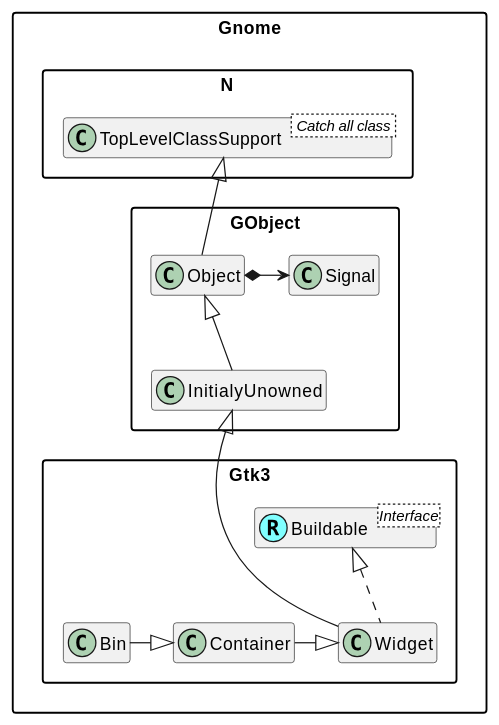
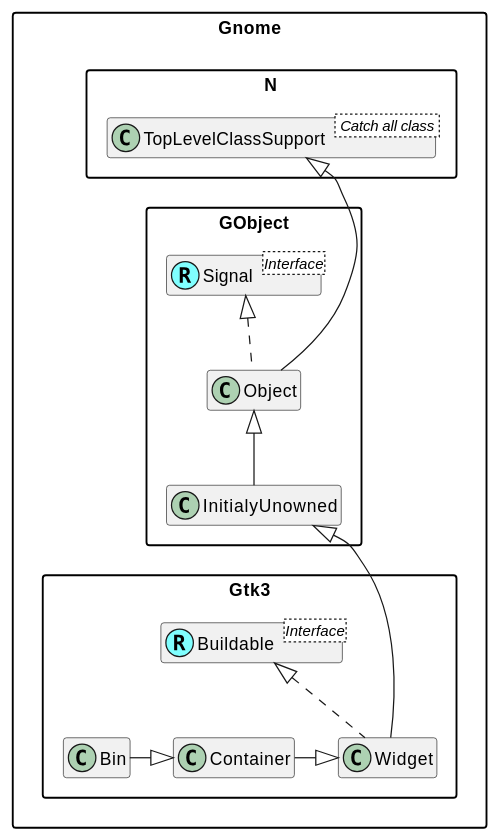
Before and after one commit to MARTIMM/gnome-gtk3: the diagram in doc/plantuml/Bin.md, drawn with PlantUML. The commit also changed 29 other files, not shown here.

Commit message:
changed uml diagrams

````diff
--- a/doc/plantuml/Bin.md
+++ b/doc/plantuml/Bin.md
@@ -1,59 +1,65 @@
 ```plantuml
 @startuml
 'scale 0.9
 skinparam packageStyle rectangle
 skinparam stereotypeCBackgroundColor #80ffff
 set namespaceSeparator ::
 hide members
 
+'Class and interface decorations
+class Gnome::N::TopLevelClassSupport < Catch all class >
+
+Interface Gnome::GObject::Signal <Interface>
+class Gnome::GObject::Signal <<(R,#80ffff)>>
+
 Interface Gnome::Gtk3::Buildable <Interface>
 class Gnome::Gtk3::Buildable <<(R,#80ffff)>>
 
-class Gnome::N::TopLevelClassSupport < Catch all class >
-Gnome::N::TopLevelClassSupport <|-- Gnome::GObject::Object
-
 'class Gnome::GObject::InitialyUnowned
 'class Gnome::GObject::Object
+'Class connections
+Gnome::N::TopLevelClassSupport <|--- Gnome::GObject::Object
+Gnome::GObject::InitialyUnowned <|--- Gnome::Gtk3::Widget
+
 Gnome::GObject::Object <|-- Gnome::GObject::InitialyUnowned
-Gnome::GObject::Object *-> Gnome::GObject::Signal
-
-Gnome::GObject::InitialyUnowned <|--- Gnome::Gtk3::Widget
+'Gnome::GObject::Object *-> Gnome::GObject::Signal
+Gnome::GObject::Signal <|.. Gnome::GObject::Object
 
 class Gnome::Gtk3::Widget implements Gnome::Gtk3::Buildable
 
 'Gnome::Gtk3::Button -|> Gnome::Gtk3::Bin
 Gnome::Gtk3::Bin -|> Gnome::Gtk3::Container
 Gnome::Gtk3::Container -|> Gnome::Gtk3::Widget
 
 
 
 'Interface Gnome::Gtk3::Actionable <Interface>
 'Gnome::Gtk3::Actionable <|-- Gnome::Gtk3::Button
 'class Gnome::Gtk3::Button implements Gnome::Gtk3::Actionable
 
 'Interface Gnome::Gtk3::Orientable <Interface>
 'Gnome::Gtk3::Orientable <|-- Gnome::Gtk3::ScaleButton
 
 'Interface Gnome::Gtk3::ColorChooser <Interface>
 'Gnome::Gtk3::ColorChooser <|-- Gnome::Gtk3::ColorButton
 
 'Interface Gnome::Gtk3::FontChooser <Interface>
 'Gnome::Gtk3::FontChooser <|-- Gnome::Gtk3::FontButton
 
 'Gnome::GObject <--[hidden]- Gnome::Gtk3
 
 
 
 'Gnome::Gtk3::Button <|-- Gnome::Gtk3::ToggleButton
 'Gnome::Gtk3::Button <|-- Gnome::Gtk3::ColorButton
 'Gnome::Gtk3::ToggleButton <|-- Gnome::Gtk3::CheckButton
 'Gnome::Gtk3::ToggleButton <|-- Gnome::Gtk3::MenuButton
 'Gnome::Gtk3::CheckButton <|-- Gnome::Gtk3::RadioButton
 'Gnome::Gtk3::Button <|--- Gnome::Gtk3::FontButton
 'Gnome::Gtk3::Button <|-- Gnome::Gtk3::LinkButton
 'Gnome::Gtk3::Button <|-- Gnome::Gtk3::LockButton
 'Gnome::Gtk3::Button <|-- Gnome::Gtk3::ModelButton
 'Gnome::Gtk3::Button <|-- Gnome::Gtk3::ScaleButton
 'Gnome::Gtk3::ScaleButton <|-- Gnome::Gtk3::VolumeButton
 @enduml
 ```
````
